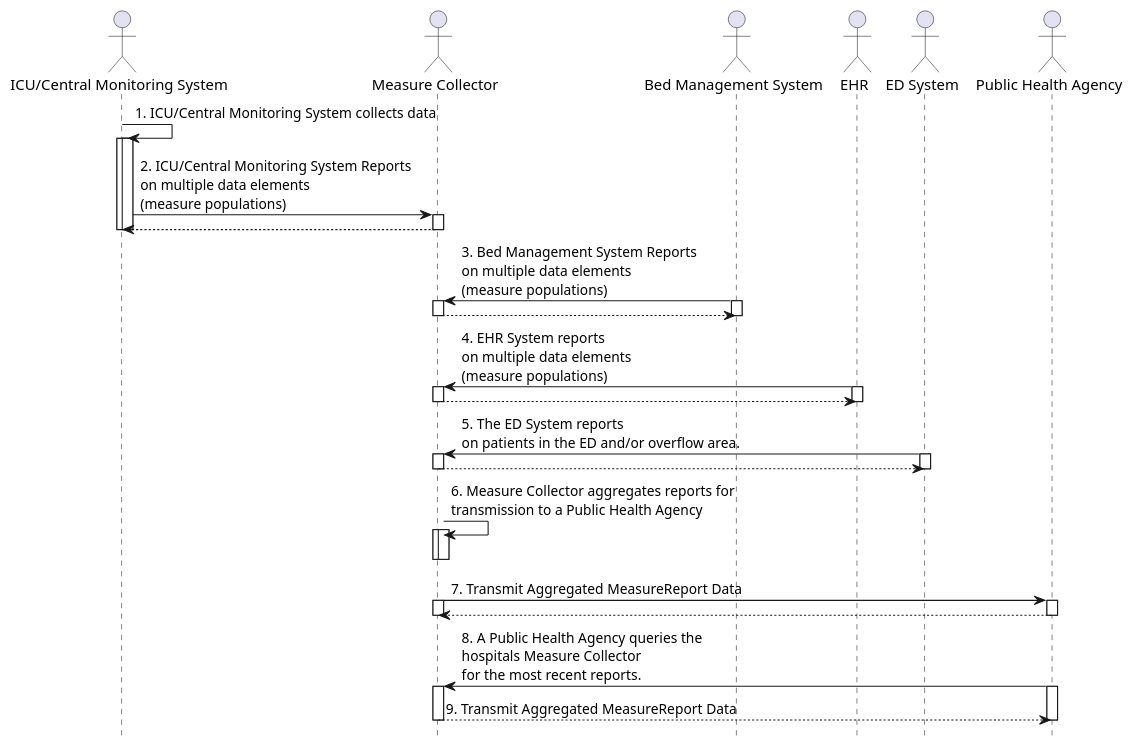
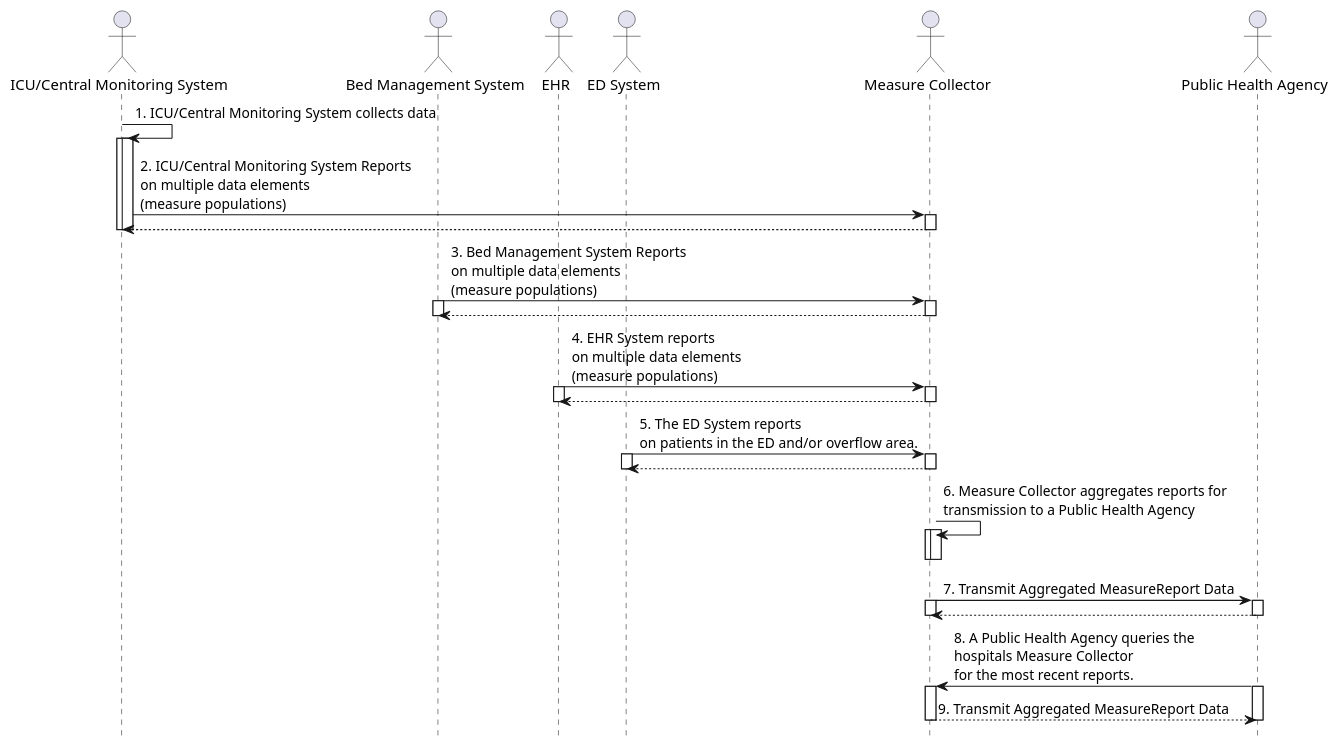
One commit to HL7/fhir-saner changed the diagram in input/images-source/usecase1-processflow.plantuml. Above: the diagram before and after it, drawn with PlantUML. The commit also changed other lines of this file and 1 other file, not shown here.

Commit message:
FHIR-29645 Figure 2.3.1.1-1: Collecting Hospital and Ventilator Measures Process Flow needs cleanup

```diff
--- a/input/images-source/usecase1-processflow.plantuml
+++ b/input/images-source/usecase1-processflow.plantuml
@@ -1,53 +1,53 @@
 @startuml
 hide footbox
 actor "ICU/Central Monitoring System"
-actor "Measure Collector"
 actor "Bed Management System"
 actor "EHR"
 actor "ED System"
+actor "Measure Collector"
 actor "Public Health Agency"
 "ICU/Central Monitoring System" -> "ICU/Central Monitoring System" : 1. ICU/Central Monitoring System collects data
 activate "ICU/Central Monitoring System"
 activate "ICU/Central Monitoring System"
 "ICU/Central Monitoring System" -> "Measure Collector" : 2. ICU/Central Monitoring System Reports\non multiple data elements\n(measure populations)
 activate "Measure Collector"
 return
 deactivate "Measure Collector"
 deactivate "ICU/Central Monitoring System"
 deactivate "ICU/Central Monitoring System"
 "Bed Management System" -> "Measure Collector" : 3. Bed Management System Reports\non multiple data elements\n(measure populations)
 activate "Bed Management System"
 activate "Measure Collector"
 return
 deactivate "Bed Management System"
 deactivate "Measure Collector"
 "EHR" -> "Measure Collector" : 4. EHR System reports\non multiple data elements\n(measure populations)
 activate "EHR"
 activate "Measure Collector"
 return
 deactivate "EHR"
 deactivate "Measure Collector"
 "ED System" -> "Measure Collector" : 5. The ED System reports\non patients in the ED and/or overflow area.
 activate "ED System"
 activate "Measure Collector"
 return
 deactivate "ED System"
 deactivate "Measure Collector"
 "Measure Collector" -> "Measure Collector" : 6. Measure Collector aggregates reports for\ntransmission to a Public Health Agency
 activate "Measure Collector"
 activate "Measure Collector"
 deactivate "Measure Collector"
 deactivate "Measure Collector"
 "Measure Collector" -> "Public Health Agency" : 7. Transmit Aggregated MeasureReport Data
 activate "Measure Collector"
 activate "Public Health Agency"
 return
 deactivate "Measure Collector"
 deactivate "Public Health Agency"
 "Public Health Agency" -> "Measure Collector" : 8. A Public Health Agency queries the\nhospitals Measure Collector\nfor the most recent reports.
 activate "Public Health Agency"
 activate "Measure Collector"
 "Measure Collector" --> "Public Health Agency" : 9. Transmit Aggregated MeasureReport Data
 deactivate "Public Health Agency"
 deactivate "Measure Collector"
 @enduml
```
